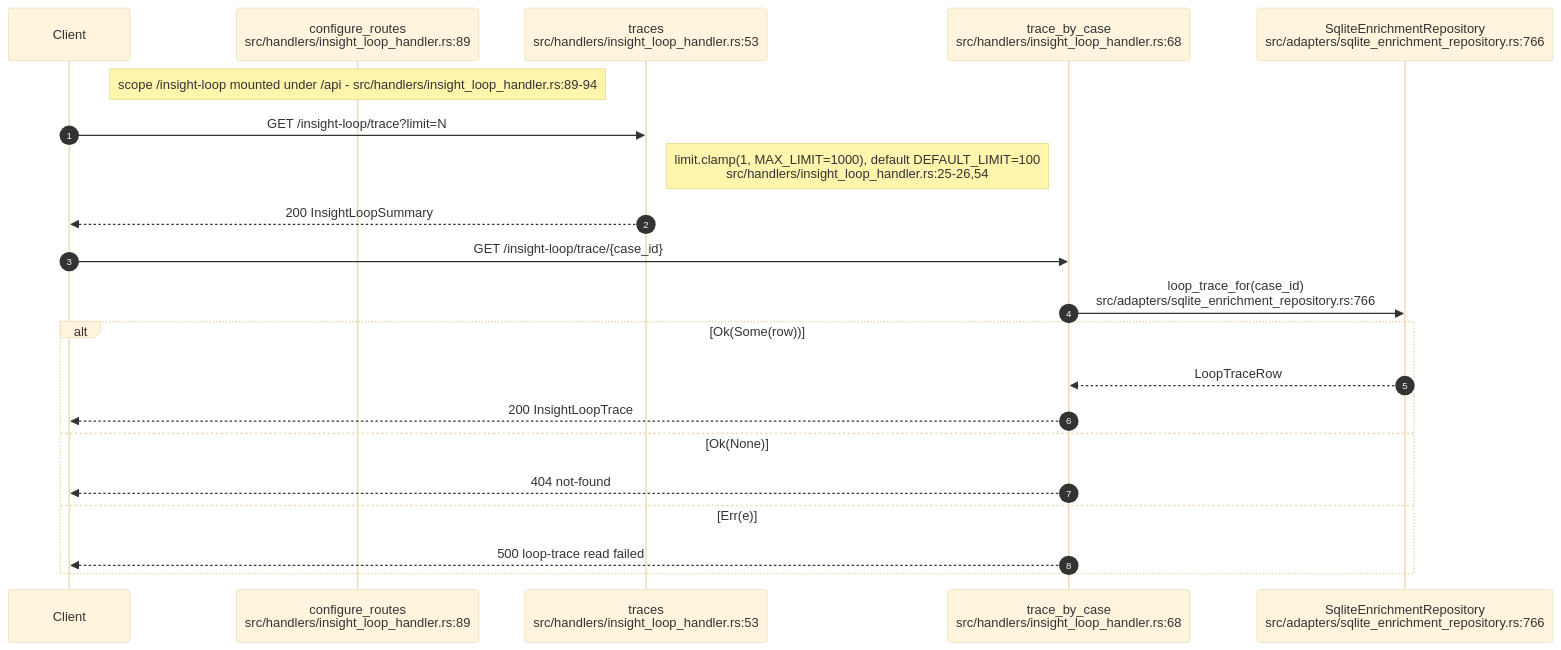
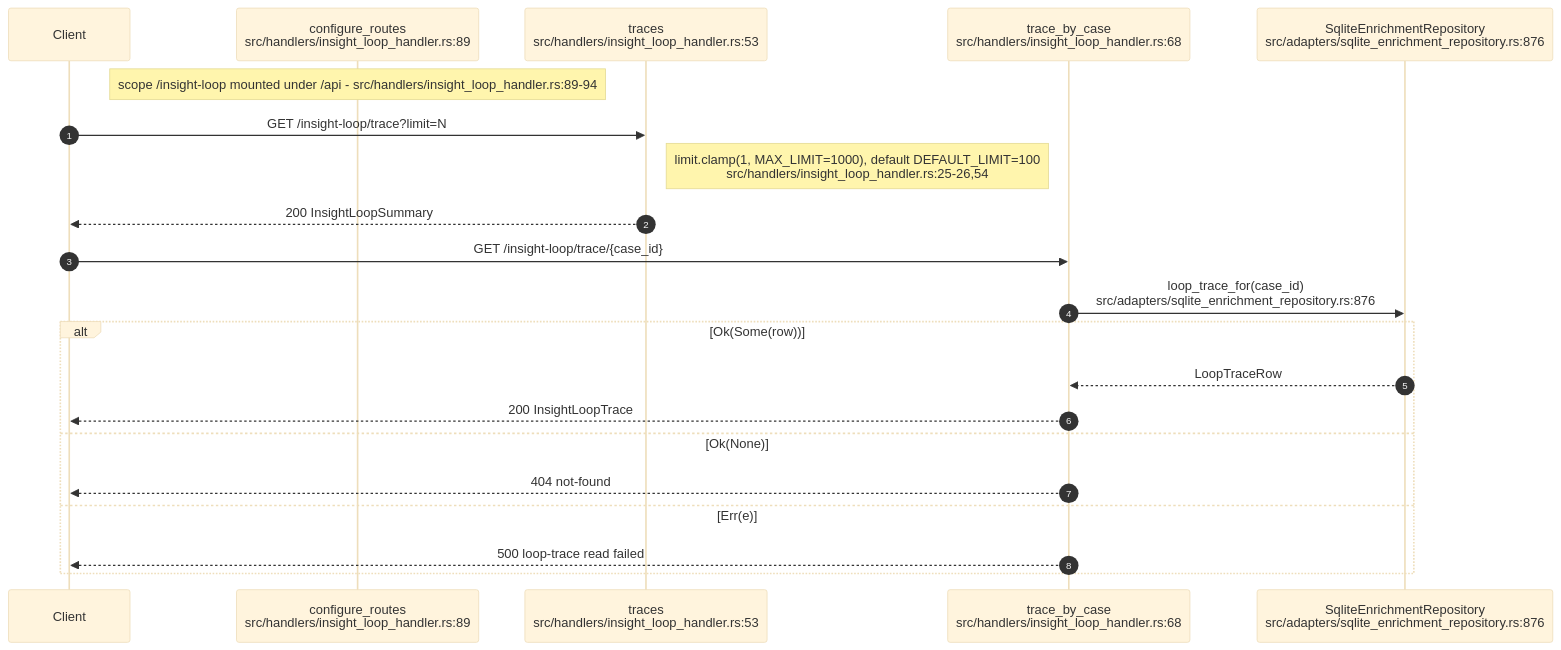
One commit to DreamLab-AI/VisionFlow changed the second of 11 diagrams in docs/diagrams/visionclaw/25-insight-kpi-nlq-semantics.md. Above: the diagram before and after it, drawn with Mermaid (base theme). The commit also changed other lines of this file and 136 other files, not shown here.

First line of the commit message:
docs(diagrams): refresh the whole corpus to code HEAD and prune low-value diagrams

````diff
--- a/docs/diagrams/visionclaw/25-insight-kpi-nlq-semantics.md
+++ b/docs/diagrams/visionclaw/25-insight-kpi-nlq-semantics.md
@@ -91,24 +88,24 @@
 ```mermaid
 sequenceDiagram
     autonumber
     participant C as Client
     participant Cfg as configure_routes<br/>src/handlers/insight_loop_handler.rs:89
     participant T as traces<br/>src/handlers/insight_loop_handler.rs:53
     participant TC as trace_by_case<br/>src/handlers/insight_loop_handler.rs:68
-    participant R as SqliteEnrichmentRepository<br/>src/adapters/sqlite_enrichment_repository.rs:766
+    participant R as SqliteEnrichmentRepository<br/>src/adapters/sqlite_enrichment_repository.rs:876
 
     Note over Cfg: scope /insight-loop mounted under /api - src/handlers/insight_loop_handler.rs:89-94
     C->>T: GET /insight-loop/trace?limit=N
     Note right of T: limit.clamp(1, MAX_LIMIT=1000), default DEFAULT_LIMIT=100<br/>src/handlers/insight_loop_handler.rs:25-26,54
     T-->>C: 200 InsightLoopSummary
     C->>TC: GET /insight-loop/trace/{case_id}
-    TC->>R: loop_trace_for(case_id)<br/>src/adapters/sqlite_enrichment_repository.rs:766
+    TC->>R: loop_trace_for(case_id)<br/>src/adapters/sqlite_enrichment_repository.rs:876
     alt Ok(Some(row))
         R-->>TC: LoopTraceRow
         TC-->>C: 200 InsightLoopTrace
     else Ok(None)
         TC-->>C: 404 not-found
     else Err(e)
         TC-->>C: 500 loop-trace read failed
     end
 ```
````
